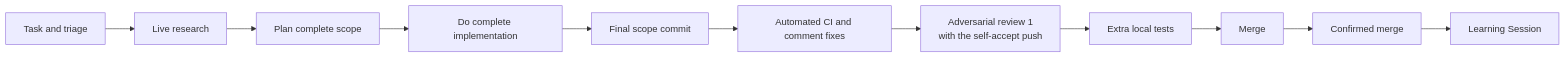
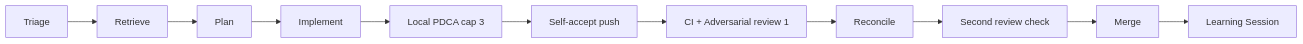
The first of 2 diagrams in guides/overview.md (ShaftHQ/chaosengine-harness), drawn with Mermaid before and after one commit. The commit also changed other lines of this file and 16 other files, not shown here.

Commit message:
Enforce skill listing budget, optimize L1 skills, and add Mermaid visuals to human docs (#222)

````diff
--- a/guides/overview.md
+++ b/guides/overview.md
@@ -36,15 +36,15 @@
 ```mermaid
 flowchart LR
-    accTitle: ChaosEngine delivery loop
-    accDescr: A task moves through Plan, Do, Check, Act, delivery, and one durable learning decision without microstep loops.
-    T[Task and triage] --> R[Live research]
-    R --> P[Plan complete scope]
-    P --> D[Do complete implementation]
-    D --> F[Final scope commit]
-    F --> A[Automated CI and comment fixes]
-    A --> X[Adversarial review 1<br/>with the self-accept push]
-    X --> V[Extra local tests]
-    V --> G[Merge]
-    G --> M[Confirmed merge]
-    M --> L[Learning Session]
+    accTitle: Delivery and verification cycle
+    accDescr: A task moves from triage through retrieve, plan, implement, a three-iteration local PDCA cap, self-accept push, CI with adversarial review 1, reconcile, a second review check, merge, and a Learning Session.
+    Triage[Triage] --> Retrieve[Retrieve]
+    Retrieve --> Plan[Plan]
+    Plan --> Implement[Implement]
+    Implement --> Pdca[Local PDCA cap 3]
+    Pdca --> Push[Self-accept push]
+    Push --> Review[CI + Adversarial review 1]
+    Review --> Reconcile[Reconcile]
+    Reconcile --> Second[Second review check]
+    Second --> Merge[Merge]
+    Merge --> Learn[Learning Session]
 ```
````
